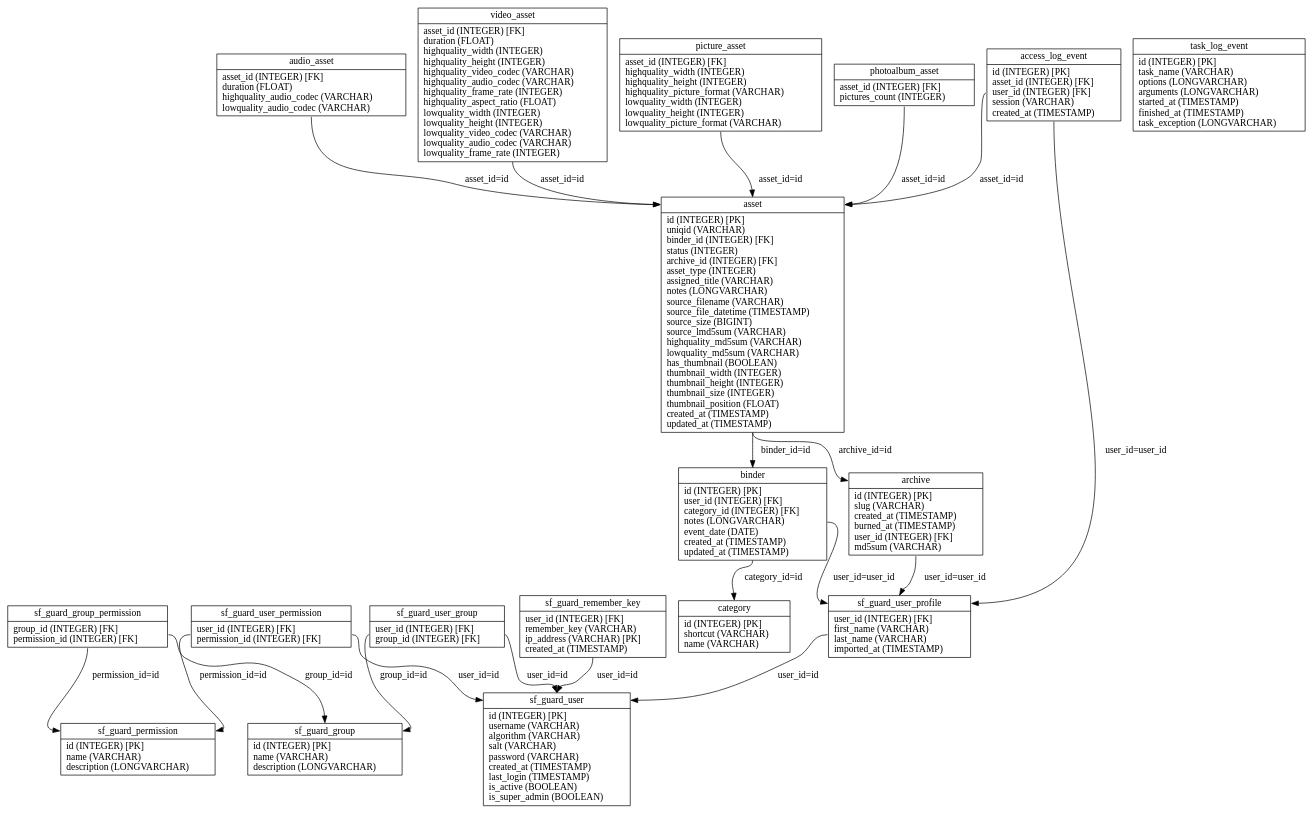
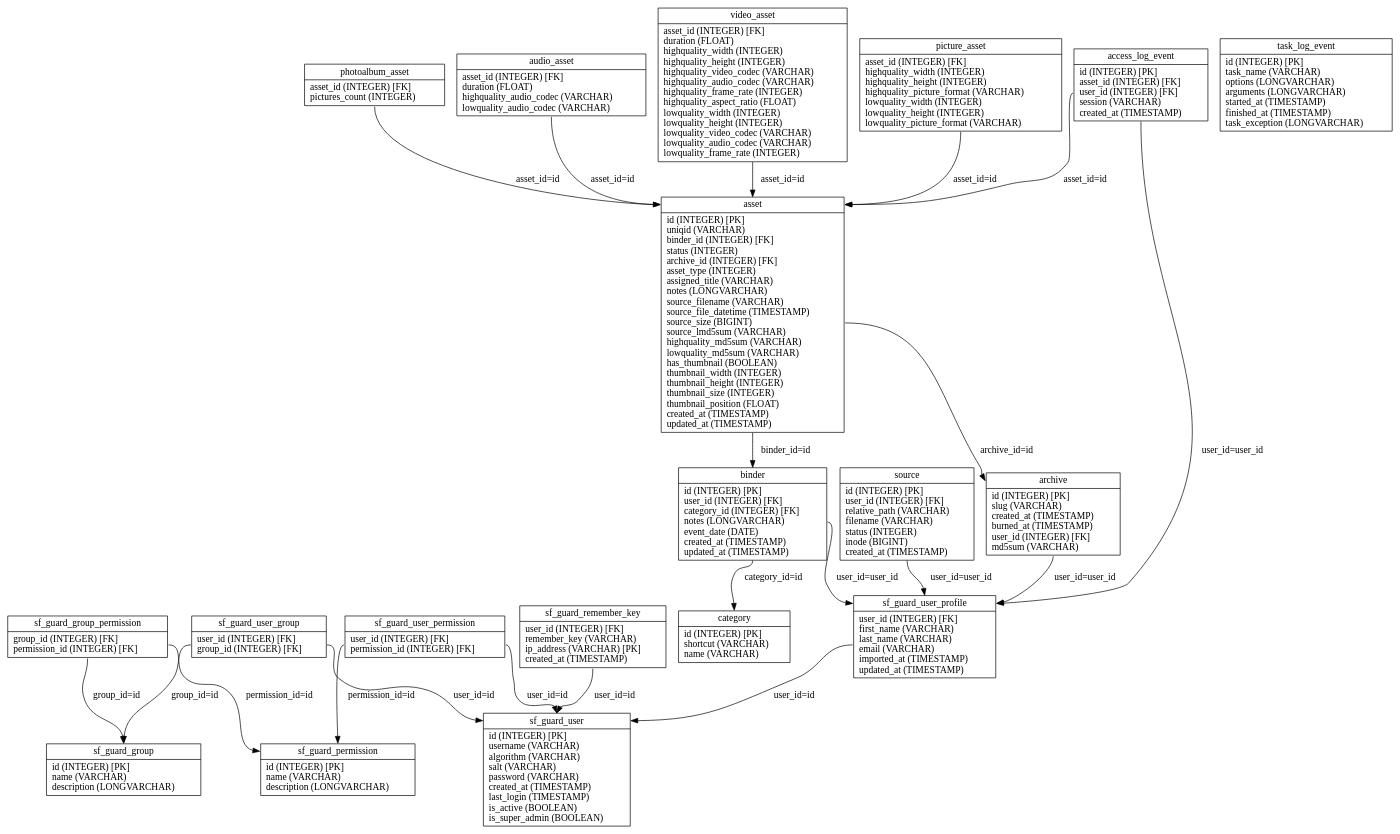
Before and after one commit to loristissino/wviola: the diagram in graph/propel.schema.dot, drawn with Graphviz. The commit also changed 85 other files, not shown here.

```diff
--- a/graph/propel.schema.dot
+++ b/graph/propel.schema.dot
@@ -1,40 +1,42 @@
 digraph G {
 nodesf_guard_group [label="{<table>sf_guard_group|<cols>id (INTEGER) [PK]\lname (VARCHAR)\ldescription (LONGVARCHAR)\l}", shape=record];
 nodesf_guard_permission [label="{<table>sf_guard_permission|<cols>id (INTEGER) [PK]\lname (VARCHAR)\ldescription (LONGVARCHAR)\l}", shape=record];
 nodesf_guard_group_permission [label="{<table>sf_guard_group_permission|<cols>group_id (INTEGER) [FK]\lpermission_id (INTEGER) [FK]\l}", shape=record];
 nodesf_guard_user [label="{<table>sf_guard_user|<cols>id (INTEGER) [PK]\lusername (VARCHAR)\lalgorithm (VARCHAR)\lsalt (VARCHAR)\lpassword (VARCHAR)\lcreated_at (TIMESTAMP)\llast_login (TIMESTAMP)\lis_active (BOOLEAN)\lis_super_admin (BOOLEAN)\l}", shape=record];
 nodesf_guard_user_permission [label="{<table>sf_guard_user_permission|<cols>user_id (INTEGER) [FK]\lpermission_id (INTEGER) [FK]\l}", shape=record];
 nodesf_guard_user_group [label="{<table>sf_guard_user_group|<cols>user_id (INTEGER) [FK]\lgroup_id (INTEGER) [FK]\l}", shape=record];
 nodesf_guard_remember_key [label="{<table>sf_guard_remember_key|<cols>user_id (INTEGER) [FK]\lremember_key (VARCHAR)\lip_address (VARCHAR) [PK]\lcreated_at (TIMESTAMP)\l}", shape=record];
-nodesf_guard_user_profile [label="{<table>sf_guard_user_profile|<cols>user_id (INTEGER) [FK]\lfirst_name (VARCHAR)\llast_name (VARCHAR)\limported_at (TIMESTAMP)\l}", shape=record];
+nodesf_guard_user_profile [label="{<table>sf_guard_user_profile|<cols>user_id (INTEGER) [FK]\lfirst_name (VARCHAR)\llast_name (VARCHAR)\lemail (VARCHAR)\limported_at (TIMESTAMP)\lupdated_at (TIMESTAMP)\l}", shape=record];
 nodeasset [label="{<table>asset|<cols>id (INTEGER) [PK]\luniqid (VARCHAR)\lbinder_id (INTEGER) [FK]\lstatus (INTEGER)\larchive_id (INTEGER) [FK]\lasset_type (INTEGER)\lassigned_title (VARCHAR)\lnotes (LONGVARCHAR)\lsource_filename (VARCHAR)\lsource_file_datetime (TIMESTAMP)\lsource_size (BIGINT)\lsource_lmd5sum (VARCHAR)\lhighquality_md5sum (VARCHAR)\llowquality_md5sum (VARCHAR)\lhas_thumbnail (BOOLEAN)\lthumbnail_width (INTEGER)\lthumbnail_height (INTEGER)\lthumbnail_size (INTEGER)\lthumbnail_position (FLOAT)\lcreated_at (TIMESTAMP)\lupdated_at (TIMESTAMP)\l}", shape=record];
 nodevideo_asset [label="{<table>video_asset|<cols>asset_id (INTEGER) [FK]\lduration (FLOAT)\lhighquality_width (INTEGER)\lhighquality_height (INTEGER)\lhighquality_video_codec (VARCHAR)\lhighquality_audio_codec (VARCHAR)\lhighquality_frame_rate (INTEGER)\lhighquality_aspect_ratio (FLOAT)\llowquality_width (INTEGER)\llowquality_height (INTEGER)\llowquality_video_codec (VARCHAR)\llowquality_audio_codec (VARCHAR)\llowquality_frame_rate (INTEGER)\l}", shape=record];
 nodepicture_asset [label="{<table>picture_asset|<cols>asset_id (INTEGER) [FK]\lhighquality_width (INTEGER)\lhighquality_height (INTEGER)\lhighquality_picture_format (VARCHAR)\llowquality_width (INTEGER)\llowquality_height (INTEGER)\llowquality_picture_format (VARCHAR)\l}", shape=record];
 nodephotoalbum_asset [label="{<table>photoalbum_asset|<cols>asset_id (INTEGER) [FK]\lpictures_count (INTEGER)\l}", shape=record];
 nodeaudio_asset [label="{<table>audio_asset|<cols>asset_id (INTEGER) [FK]\lduration (FLOAT)\lhighquality_audio_codec (VARCHAR)\llowquality_audio_codec (VARCHAR)\l}", shape=record];
 nodebinder [label="{<table>binder|<cols>id (INTEGER) [PK]\luser_id (INTEGER) [FK]\lcategory_id (INTEGER) [FK]\lnotes (LONGVARCHAR)\levent_date (DATE)\lcreated_at (TIMESTAMP)\lupdated_at (TIMESTAMP)\l}", shape=record];
 nodearchive [label="{<table>archive|<cols>id (INTEGER) [PK]\lslug (VARCHAR)\lcreated_at (TIMESTAMP)\lburned_at (TIMESTAMP)\luser_id (INTEGER) [FK]\lmd5sum (VARCHAR)\l}", shape=record];
 nodecategory [label="{<table>category|<cols>id (INTEGER) [PK]\lshortcut (VARCHAR)\lname (VARCHAR)\l}", shape=record];
 nodeaccess_log_event [label="{<table>access_log_event|<cols>id (INTEGER) [PK]\lasset_id (INTEGER) [FK]\luser_id (INTEGER) [FK]\lsession (VARCHAR)\lcreated_at (TIMESTAMP)\l}", shape=record];
 nodetask_log_event [label="{<table>task_log_event|<cols>id (INTEGER) [PK]\ltask_name (VARCHAR)\loptions (LONGVARCHAR)\larguments (LONGVARCHAR)\lstarted_at (TIMESTAMP)\lfinished_at (TIMESTAMP)\ltask_exception (LONGVARCHAR)\l}", shape=record];
+nodesource [label="{<table>source|<cols>id (INTEGER) [PK]\luser_id (INTEGER) [FK]\lrelative_path (VARCHAR)\lfilename (VARCHAR)\lstatus (INTEGER)\linode (BIGINT)\lcreated_at (TIMESTAMP)\l}", shape=record];
 
 nodesf_guard_group_permission:cols -> nodesf_guard_group:table [label="group_id=id "];
 nodesf_guard_group_permission:cols -> nodesf_guard_permission:table [label="permission_id=id "];
 nodesf_guard_user_permission:cols -> nodesf_guard_user:table [label="user_id=id "];
 nodesf_guard_user_permission:cols -> nodesf_guard_permission:table [label="permission_id=id "];
 nodesf_guard_user_group:cols -> nodesf_guard_user:table [label="user_id=id "];
 nodesf_guard_user_group:cols -> nodesf_guard_group:table [label="group_id=id "];
 nodesf_guard_remember_key:cols -> nodesf_guard_user:table [label="user_id=id "];
 nodesf_guard_user_profile:cols -> nodesf_guard_user:table [label="user_id=id "];
 nodeasset:cols -> nodebinder:table [label="binder_id=id "];
 nodeasset:cols -> nodearchive:table [label="archive_id=id "];
 nodevideo_asset:cols -> nodeasset:table [label="asset_id=id "];
 nodepicture_asset:cols -> nodeasset:table [label="asset_id=id "];
 nodephotoalbum_asset:cols -> nodeasset:table [label="asset_id=id "];
 nodeaudio_asset:cols -> nodeasset:table [label="asset_id=id "];
 nodebinder:cols -> nodesf_guard_user_profile:table [label="user_id=user_id "];
 nodebinder:cols -> nodecategory:table [label="category_id=id "];
 nodearchive:cols -> nodesf_guard_user_profile:table [label="user_id=user_id "];
 nodeaccess_log_event:cols -> nodeasset:table [label="asset_id=id "];
 nodeaccess_log_event:cols -> nodesf_guard_user_profile:table [label="user_id=user_id "];
+nodesource:cols -> nodesf_guard_user_profile:table [label="user_id=user_id "];
 }
```
